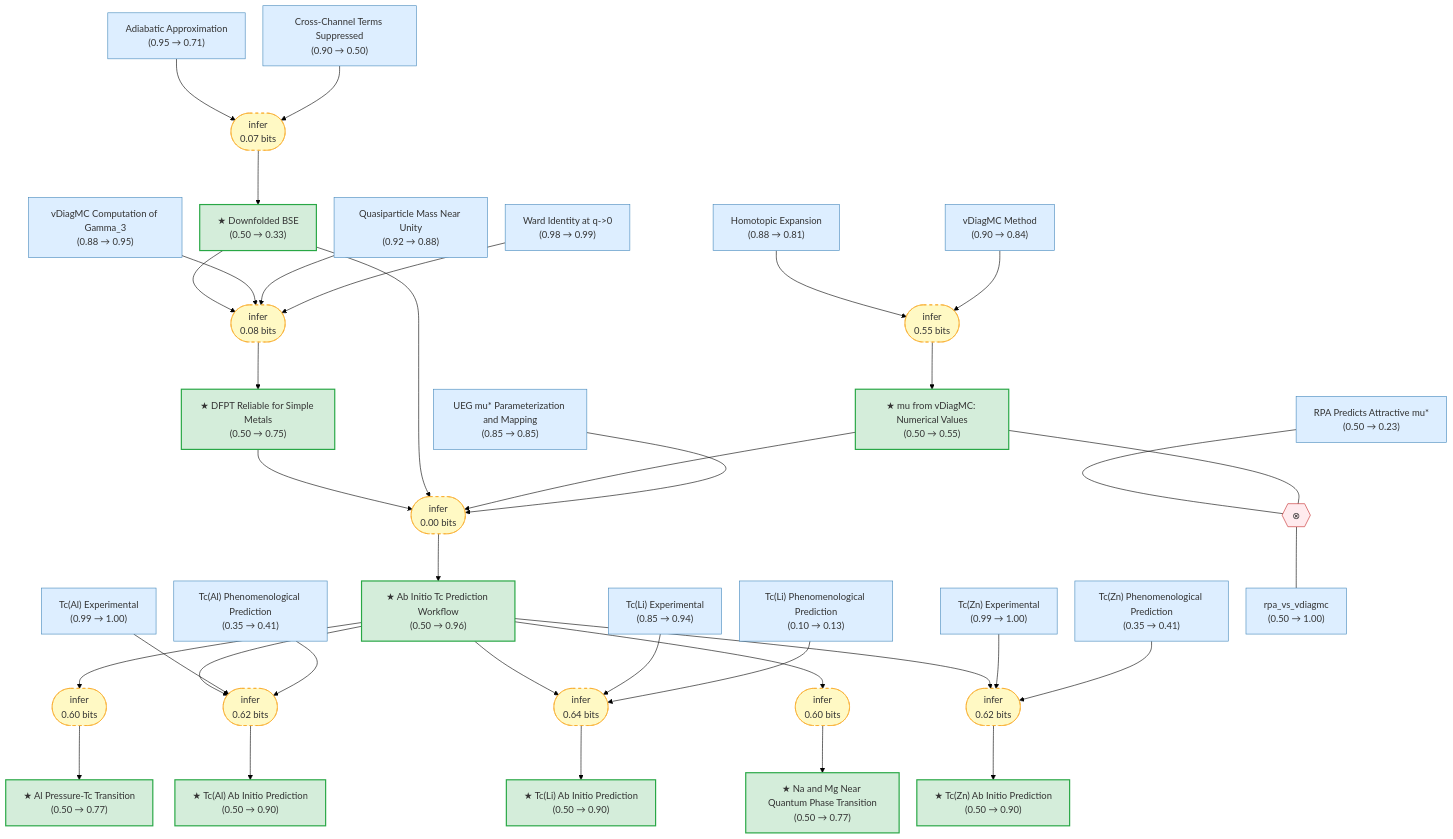
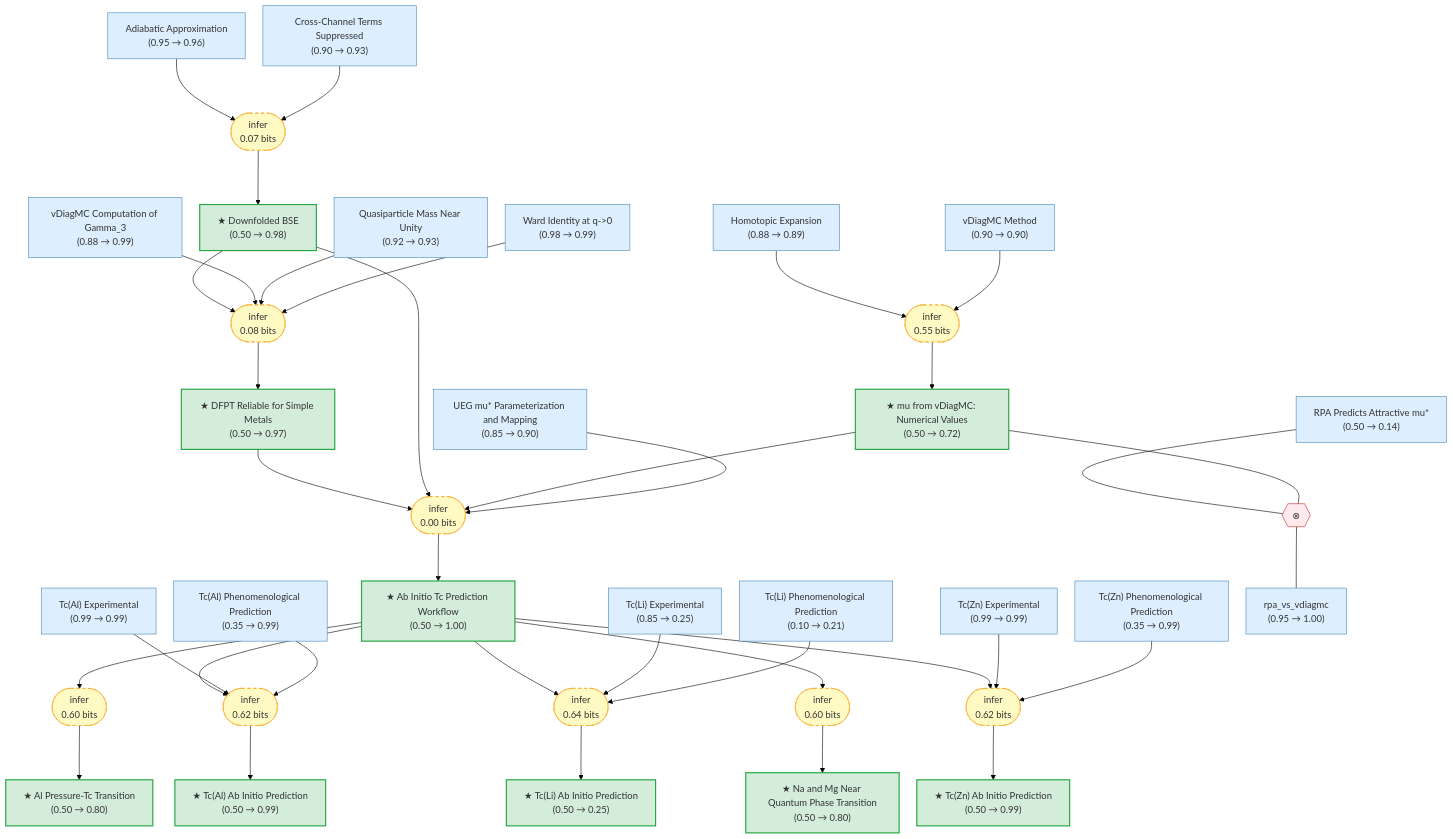
Before and after one commit to kunyuan/SuperconductivityElectronLiquids.gaia: the diagram in README.md, drawn with Mermaid (forest theme). The commit also changed other lines of this file, not shown here.

```diff
--- a/README.md
+++ b/README.md
@@ -26,31 +26,31 @@
     nodeSpacing: 30
 ---
 graph TB
-    adiabatic_approx["Adiabatic Approximation\n(0.95 → 0.71)"]:::premise
-    tc_al_experimental["Tc(Al) Experimental\n(0.99 → 1.00)"]:::premise
-    tc_li_experimental["Tc(Li) Experimental\n(0.85 → 0.94)"]:::premise
-    tc_zn_experimental["Tc(Zn) Experimental\n(0.99 → 1.00)"]:::premise
-    tc_al_phenomenological["Tc(Al) Phenomenological Prediction\n(0.35 → 0.41)"]:::premise
-    tc_li_phenomenological["Tc(Li) Phenomenological Prediction\n(0.10 → 0.13)"]:::premise
-    tc_zn_phenomenological["Tc(Zn) Phenomenological Prediction\n(0.35 → 0.41)"]:::premise
-    cross_term_suppressed["Cross-Channel Terms Suppressed\n(0.90 → 0.50)"]:::premise
-    downfolded_bse["★ Downfolded BSE\n(0.50 → 0.33)"]:::exported
-    vdiagmc_method["vDiagMC Method\n(0.90 → 0.84)"]:::premise
-    homotopic_expansion["Homotopic Expansion\n(0.88 → 0.81)"]:::premise
-    mu_vdiagmc_values["★ mu from vDiagMC: Numerical Values\n(0.50 → 0.55)"]:::exported
+    adiabatic_approx["Adiabatic Approximation\n(0.95 → 0.96)"]:::premise
+    tc_al_experimental["Tc(Al) Experimental\n(0.99 → 0.99)"]:::premise
+    tc_li_experimental["Tc(Li) Experimental\n(0.85 → 0.25)"]:::premise
+    tc_zn_experimental["Tc(Zn) Experimental\n(0.99 → 0.99)"]:::premise
+    tc_al_phenomenological["Tc(Al) Phenomenological Prediction\n(0.35 → 0.99)"]:::premise
+    tc_li_phenomenological["Tc(Li) Phenomenological Prediction\n(0.10 → 0.21)"]:::premise
+    tc_zn_phenomenological["Tc(Zn) Phenomenological Prediction\n(0.35 → 0.99)"]:::premise
+    cross_term_suppressed["Cross-Channel Terms Suppressed\n(0.90 → 0.93)"]:::premise
+    downfolded_bse["★ Downfolded BSE\n(0.50 → 0.98)"]:::exported
+    vdiagmc_method["vDiagMC Method\n(0.90 → 0.90)"]:::premise
+    homotopic_expansion["Homotopic Expansion\n(0.88 → 0.89)"]:::premise
+    mu_vdiagmc_values["★ mu from vDiagMC: Numerical Values\n(0.50 → 0.72)"]:::exported
     ward_identity["Ward Identity at q->0\n(0.98 → 0.99)"]:::premise
-    gamma3_vdiagmc["vDiagMC Computation of Gamma_3\n(0.88 → 0.95)"]:::premise
-    quasiparticle_mass_near_unity["Quasiparticle Mass Near Unity\n(0.92 → 0.88)"]:::premise
-    dfpt_reliable_for_simple_metals["★ DFPT Reliable for Simple Metals\n(0.50 → 0.75)"]:::exported
-    ueg_pseudopotential_parameterization["UEG mu#ast; Parameterization and Mapping\n(0.85 → 0.85)"]:::premise
-    ab_initio_workflow["★ Ab Initio Tc Prediction Workflow\n(0.50 → 0.96)"]:::exported
-    tc_al_predicted["★ Tc(Al) Ab Initio Prediction\n(0.50 → 0.90)"]:::exported
-    tc_zn_predicted["★ Tc(Zn) Ab Initio Prediction\n(0.50 → 0.90)"]:::exported
-    tc_li_predicted["★ Tc(Li) Ab Initio Prediction\n(0.50 → 0.90)"]:::exported
-    al_pressure_transition["★ Al Pressure-Tc Transition\n(0.50 → 0.77)"]:::exported
-    tc_mg_na_near_qpt["★ Na and Mg Near Quantum Phase Transition\n(0.50 → 0.77)"]:::exported
-    rpa_predicts_attractive_mu["RPA Predicts Attractive mu#ast;\n(0.50 → 0.23)"]:::premise
-    rpa_vs_vdiagmc["rpa_vs_vdiagmc\n(0.50 → 1.00)"]:::premise
+    gamma3_vdiagmc["vDiagMC Computation of Gamma_3\n(0.88 → 0.99)"]:::premise
+    quasiparticle_mass_near_unity["Quasiparticle Mass Near Unity\n(0.92 → 0.93)"]:::premise
+    dfpt_reliable_for_simple_metals["★ DFPT Reliable for Simple Metals\n(0.50 → 0.97)"]:::exported
+    ueg_pseudopotential_parameterization["UEG mu#ast; Parameterization and Mapping\n(0.85 → 0.90)"]:::premise
+    ab_initio_workflow["★ Ab Initio Tc Prediction Workflow\n(0.50 → 1.00)"]:::exported
+    tc_al_predicted["★ Tc(Al) Ab Initio Prediction\n(0.50 → 0.99)"]:::exported
+    tc_zn_predicted["★ Tc(Zn) Ab Initio Prediction\n(0.50 → 0.99)"]:::exported
+    tc_li_predicted["★ Tc(Li) Ab Initio Prediction\n(0.50 → 0.25)"]:::exported
+    al_pressure_transition["★ Al Pressure-Tc Transition\n(0.50 → 0.80)"]:::exported
+    tc_mg_na_near_qpt["★ Na and Mg Near Quantum Phase Transition\n(0.50 → 0.80)"]:::exported
+    rpa_predicts_attractive_mu["RPA Predicts Attractive mu#ast;\n(0.50 → 0.14)"]:::premise
+    rpa_vs_vdiagmc["rpa_vs_vdiagmc\n(0.95 → 1.00)"]:::premise
     strat_0(["infer\n0.60 bits"]):::weak
     ab_initio_workflow --> strat_0
     strat_0 --> al_pressure_transition
```
